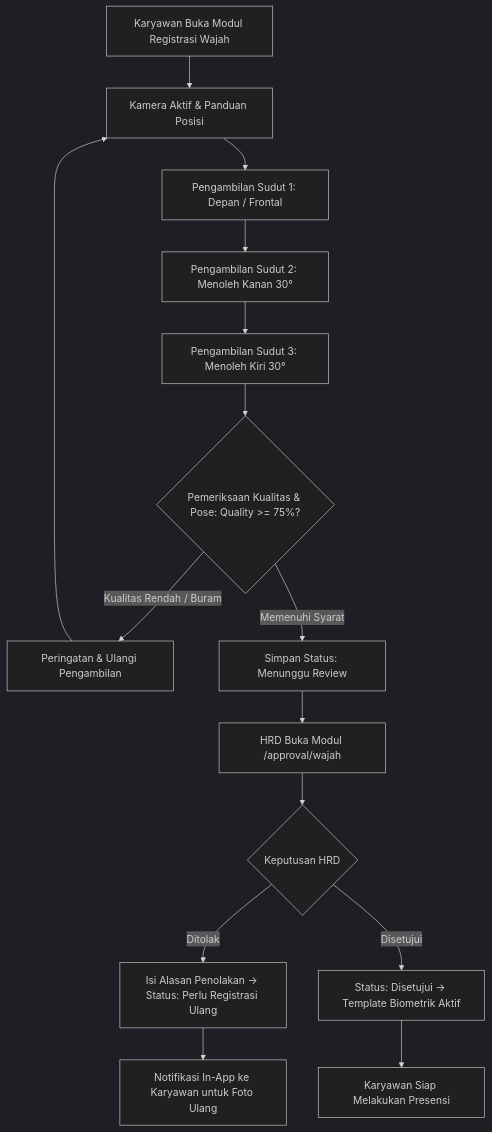
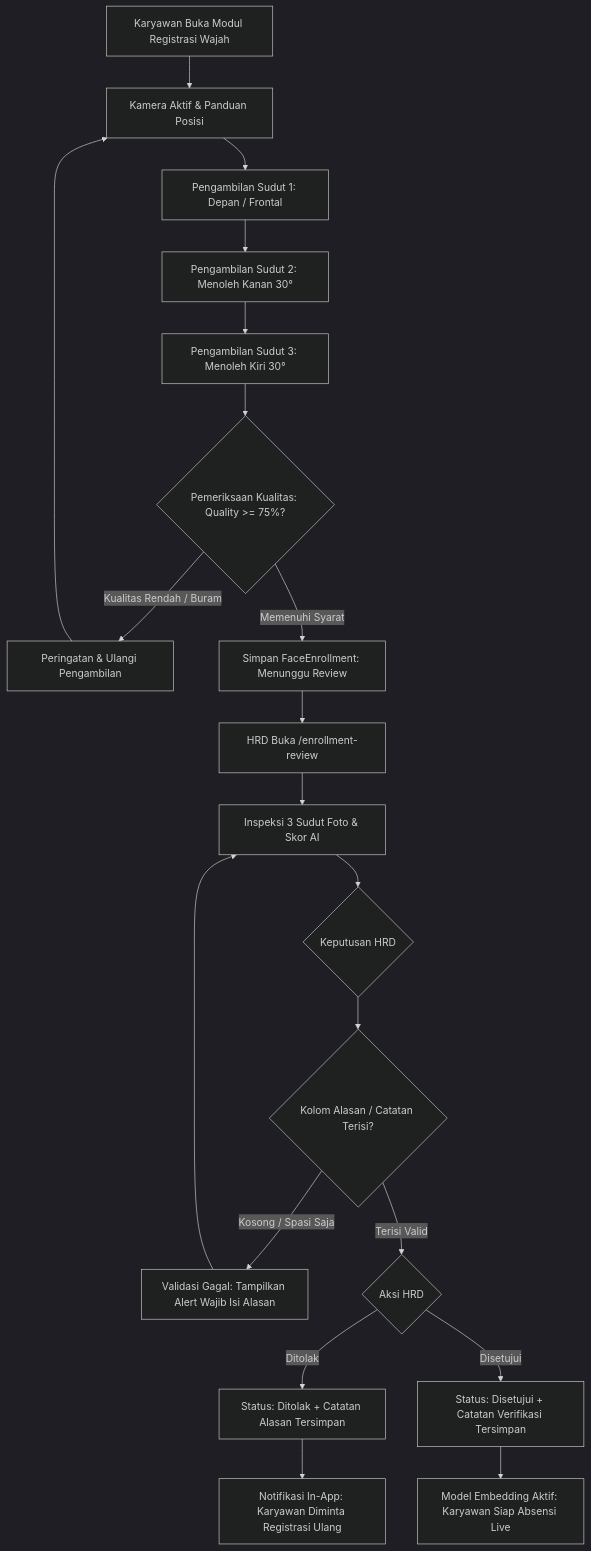
Before and after one commit to ekajacx/jabsen: the fourth of 8 diagrams in PRD_Final_v1.0_Sistem_Absensi.md, drawn with Mermaid (dark theme). The commit also changed other lines of this file, not shown here.

Commit message:
docs(prd): update PRD v2.1 mencakup 27 karyawan aktual, flow approval alasan wajib, multi-identifier login, dan laporan audit keamanan

````diff
--- a/PRD_Final_v1.0_Sistem_Absensi.md
+++ b/PRD_Final_v1.0_Sistem_Absensi.md
@@ -648,17 +719,22 @@
 ```mermaid
 flowchart TD
     A[Karyawan Buka Modul Registrasi Wajah] --> B[Kamera Aktif & Panduan Posisi]
     B --> C[Pengambilan Sudut 1: Depan / Frontal]
     C --> D[Pengambilan Sudut 2: Menoleh Kanan 30°]
     D --> E[Pengambilan Sudut 3: Menoleh Kiri 30°]
-    E --> F{Pemeriksaan Kualitas & Pose: Quality >= 75%?}
+    E --> F{Pemeriksaan Kualitas: Quality >= 75%?}
     F -- Kualitas Rendah / Buram --> G[Peringatan & Ulangi Pengambilan]
     G --> B
-    F -- Memenuhi Syarat --> H[Simpan Status: Menunggu Review]
-    H --> I[HRD Buka Modul /approval/wajah]
-    I --> J{Keputusan HRD}
-    J -- Ditolak --> K[Isi Alasan Penolakan -> Status: Perlu Registrasi Ulang]
-    K --> L[Notifikasi In-App ke Karyawan untuk Foto Ulang]
-    J -- Disetujui --> M[Status: Disetujui -> Template Biometrik Aktif]
-    M --> N[Karyawan Siap Melakukan Presensi]
+    F -- Memenuhi Syarat --> H[Simpan FaceEnrollment: Menunggu Review]
+    H --> I[HRD Buka /enrollment-review]
+    I --> J[Inspeksi 3 Sudut Foto & Skor AI]
+    J --> K{Keputusan HRD}
+    K --> L{Kolom Alasan / Catatan Terisi?}
+    L -- Kosong / Spasi Saja --> M[Validasi Gagal: Tampilkan Alert Wajib Isi Alasan]
+    M --> J
+    L -- Terisi Valid --> N{Aksi HRD}
+    N -- Ditolak --> O[Status: Ditolak + Catatan Alasan Tersimpan]
+    O --> P[Notifikasi In-App: Karyawan Diminta Registrasi Ulang]
+    N -- Disetujui --> Q[Status: Disetujui + Catatan Verifikasi Tersimpan]
+    Q --> R[Model Embedding Aktif: Karyawan Siap Absensi Live]
 ```
````
